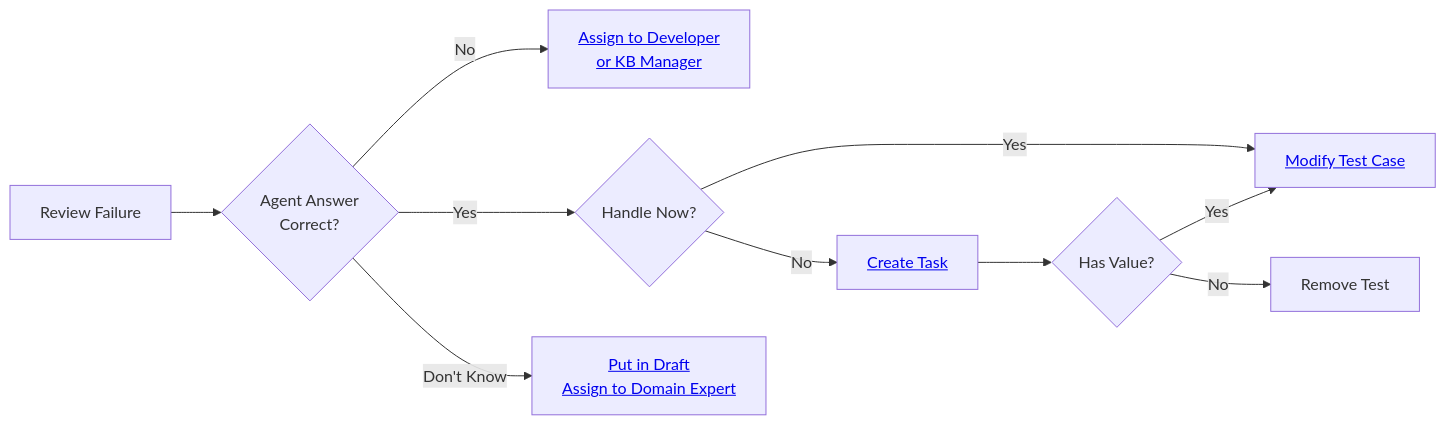
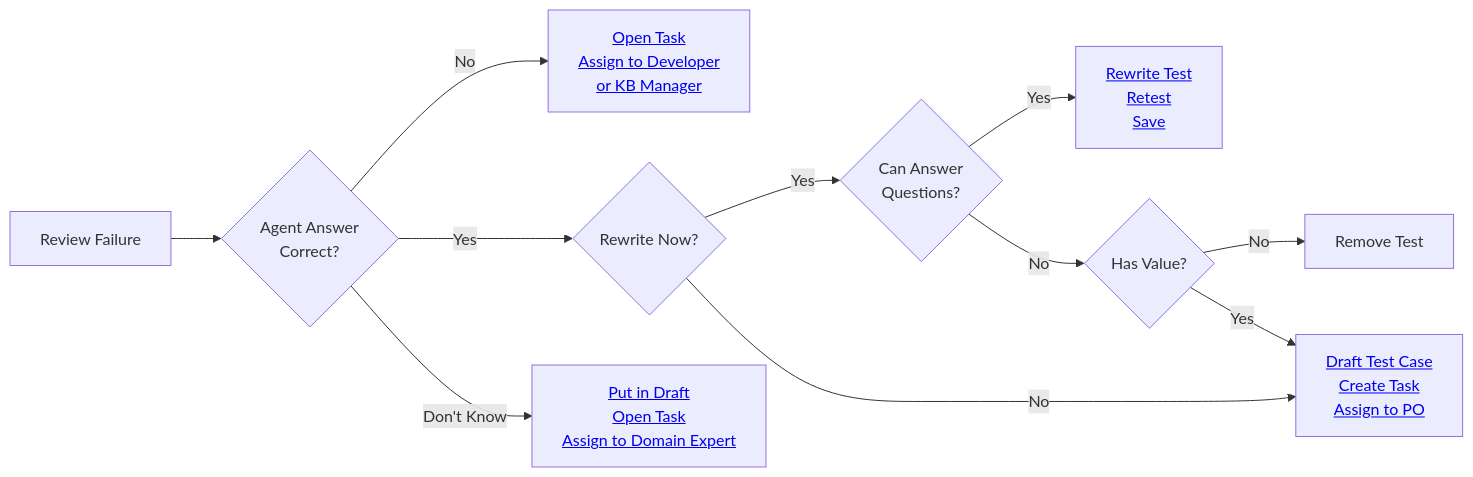
One commit to Giskard-AI/giskard-hub changed the first of 2 diagrams in script-docs/hub/ui/annotate/review_test_results.rst. Above: the diagram before and after it, drawn with Mermaid. The commit also changed other lines of this file and 42 other files, not shown here.

```diff
--- a/script-docs/hub/ui/annotate/review_test_results.rst
+++ b/script-docs/hub/ui/annotate/review_test_results.rst
@@ -26,13 +26,14 @@
 .. mermaid::
    :align: center
 
    graph LR
        A[Review Failure] --> B{Agent Answer<br/>Correct?}
-       B -->|No| C[<a href="distribute_tasks.html" target="_self">Assign to Developer<br/>or KB Manager</a>]
-       B -->|Yes| F{Handle Now?}
-       B -->|Don't Know| E[<a href="distribute_tasks.html" target="_self">Put in Draft<br/>Assign to Domain Expert</a>]
-       F -->|Yes| G[<a href="modify_test_cases.html" target="_self">Modify Test Case</a>]
-       F -->|No| H[<a href="distribute_tasks.html" target="_self">Create Task</a>]
-       H --> I{Has Value?}
-       I -->|No| J[Remove Test]
-       I -->|Yes| G
+       B -->|No| C[<a href="distribute_tasks.html" target="_self">Open Task<br/>Assign to Developer<br/>or KB Manager</a>]
+       B -->|Yes| F{Rewrite Now?}
+       B -->|Don't Know| E[<a href="distribute_tasks.html" target="_self">Put in Draft<br/>Open Task<br/>Assign to Domain Expert</a>]
+       F -->|Yes| G{Can Answer<br/>Questions?}
+       F -->|No| H[<a href="distribute_tasks.html" target="_self">Draft Test Case<br/>Create Task<br/>Assign to PO</a>]
+       G -->|Yes| I[<a href="modify_test_cases.html" target="_self">Rewrite Test<br/>Retest<br/>Save</a>]
+       G -->|No| J{Has Value?}
+       J -->|No| K[Remove Test]
+       J -->|Yes| H
```
